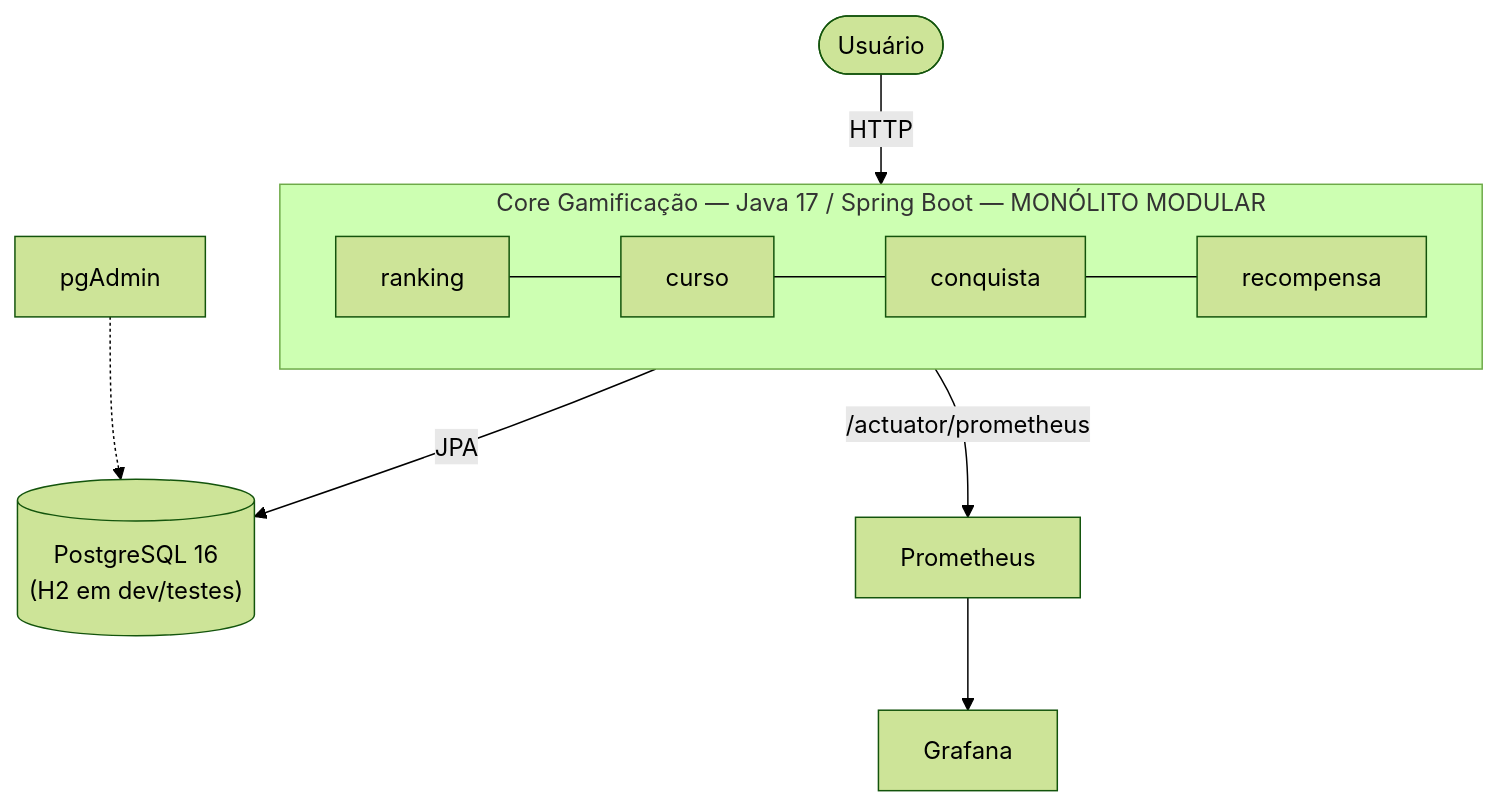
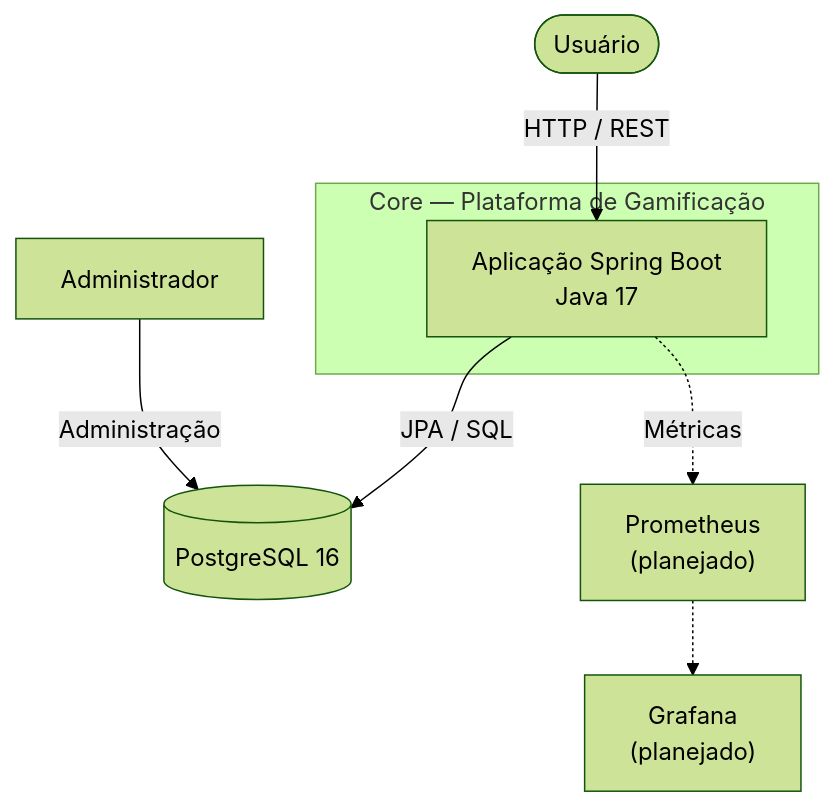
One commit to cuchera/DevOpsAC1 changed the second of 3 diagrams in README.md. Above: the diagram before and after it, drawn with Mermaid (forest theme). The commit also changed other lines of this file and 2 other files, not shown here.

Commit message:
docs: adiciona evidencias da refatoracao modular

````diff
--- a/README.md
+++ b/README.md
@@ -356,12 +357,18 @@
 ```mermaid
 flowchart TD
-    U(["Usuário"]) -- "HTTP" --> CORE
-    subgraph CORE["Core Gamificação — Java 17 / Spring Boot — MONÓLITO MODULAR"]
-        direction LR
-        R[ranking] --- C[curso] --- Q[conquista] --- P[recompensa]
+    U(["Usuário"]) -->|"HTTP / REST"| APP
+
+    subgraph CORE["Core — Plataforma de Gamificação"]
+        APP["Aplicação Spring Boot<br/>Java 17"]
     end
-    CORE -- "JPA" --> DB[("PostgreSQL 16<br/>(H2 em dev/testes)")]
-    CORE -- "/actuator/prometheus" --> PROM["Prometheus"]
-    PROM --> GRAF["Grafana"]
-    ADMDB["pgAdmin"] -.-> DB
+
+    APP -->|"JPA / SQL"| DB[("PostgreSQL 16")]
+
+    ADM["Administrador"] -->|"Administração"| DB
+
+    PROM["Prometheus<br/>(planejado)"]
+    GRAF["Grafana<br/>(planejado)"]
+
+    APP -.->|"Métricas"| PROM
+    PROM -.-> GRAF
 ```
````
